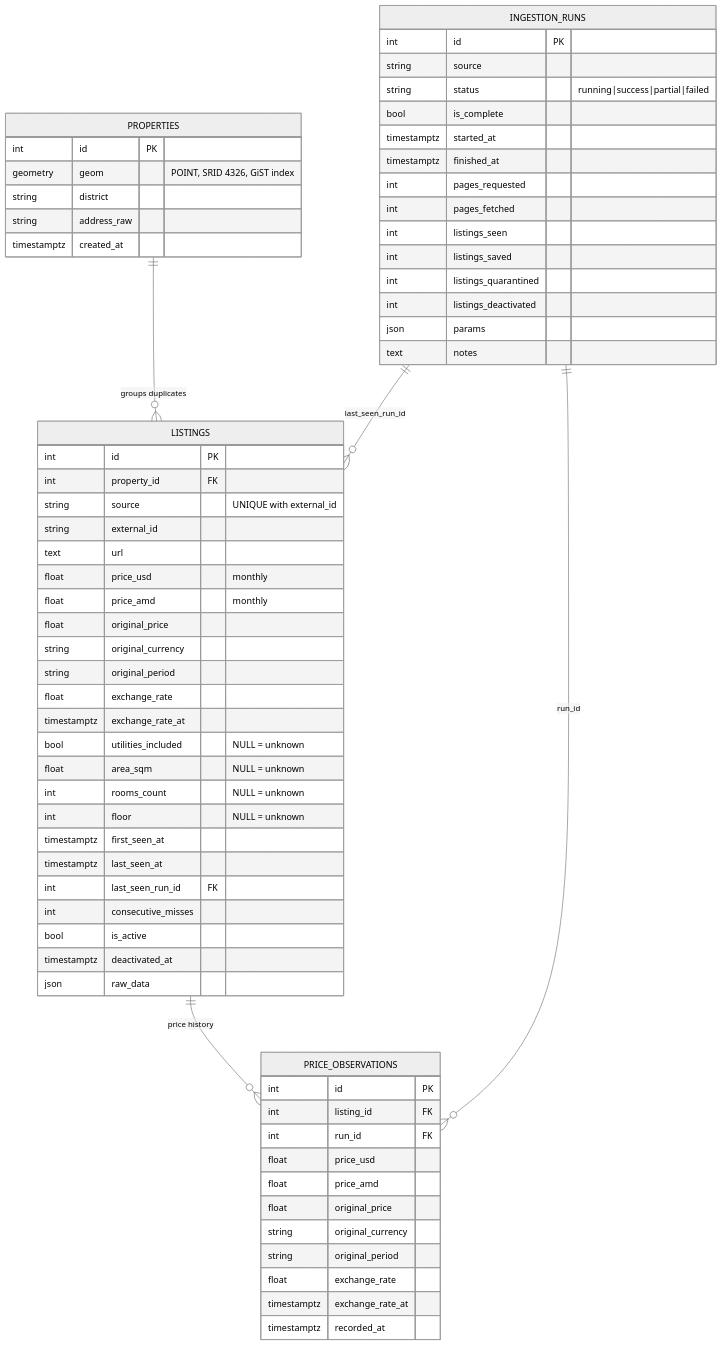
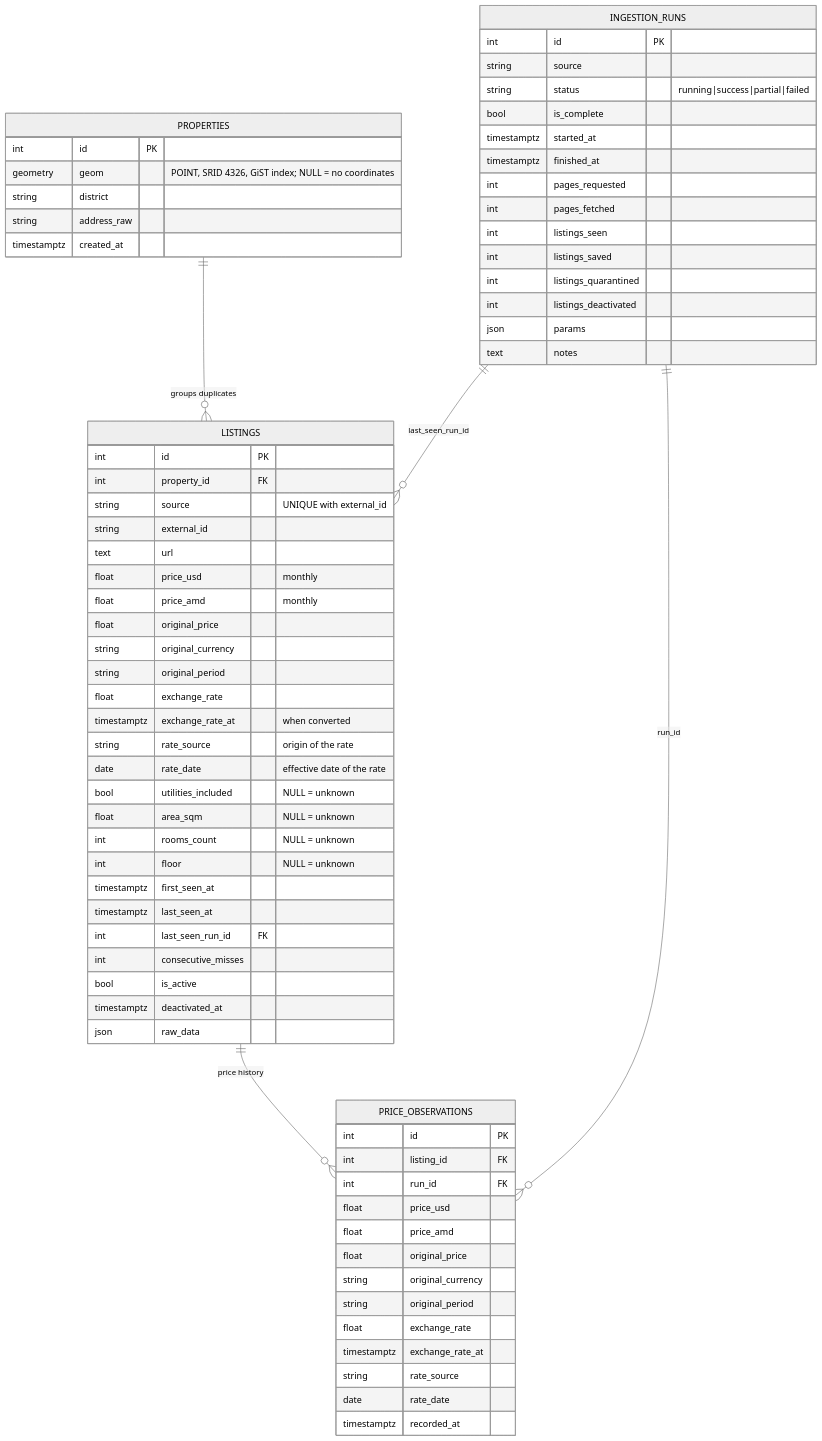
One commit to Artyomkrtchyan/fairrent changed the diagram in data_pipeline/docs/storage-and-ingestion.md. Above: the diagram before and after it, drawn with Mermaid (neutral theme). The commit also changed other lines of this file and 16 other files, not shown here.

First line of the commit message:
Address review: blocked pages, coordinates, integers, rate provenance [A04][C03]

````diff
--- a/data_pipeline/docs/storage-and-ingestion.md
+++ b/data_pipeline/docs/storage-and-ingestion.md
@@ -5,69 +5,73 @@
 ```mermaid
 erDiagram
     PROPERTIES ||--o{ LISTINGS : "groups duplicates"
     LISTINGS ||--o{ PRICE_OBSERVATIONS : "price history"
     INGESTION_RUNS ||--o{ LISTINGS : "last_seen_run_id"
     INGESTION_RUNS ||--o{ PRICE_OBSERVATIONS : "run_id"
 
     PROPERTIES {
         int id PK
-        geometry geom "POINT, SRID 4326, GiST index"
+        geometry geom "POINT, SRID 4326, GiST index; NULL = no coordinates"
         string district
         string address_raw
         timestamptz created_at
     }
     LISTINGS {
         int id PK
         int property_id FK
         string source "UNIQUE with external_id"
         string external_id
         text url
         float price_usd "monthly"
         float price_amd "monthly"
         float original_price
         string original_currency
         string original_period
         float exchange_rate
-        timestamptz exchange_rate_at
+        timestamptz exchange_rate_at "when converted"
+        string rate_source "origin of the rate"
+        date rate_date "effective date of the rate"
         bool utilities_included "NULL = unknown"
         float area_sqm "NULL = unknown"
         int rooms_count "NULL = unknown"
         int floor "NULL = unknown"
         timestamptz first_seen_at
         timestamptz last_seen_at
         int last_seen_run_id FK
         int consecutive_misses
         bool is_active
         timestamptz deactivated_at
         json raw_data
     }
     PRICE_OBSERVATIONS {
         int id PK
         int listing_id FK
         int run_id FK
         float price_usd
         float price_amd
         float original_price
         string original_currency
         string original_period
         float exchange_rate
         timestamptz exchange_rate_at
+        string rate_source
+        date rate_date
         timestamptz recorded_at
     }
     INGESTION_RUNS {
         int id PK
         string source
         string status "running|success|partial|failed"
         bool is_complete
         timestamptz started_at
         timestamptz finished_at
         int pages_requested
         int pages_fetched
         int listings_seen
         int listings_saved
         int listings_quarantined
         int listings_deactivated
         json params
         text notes
     }
 ```
````
